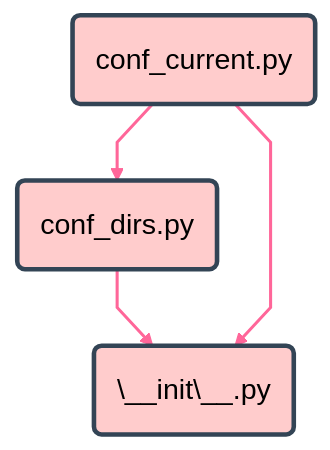
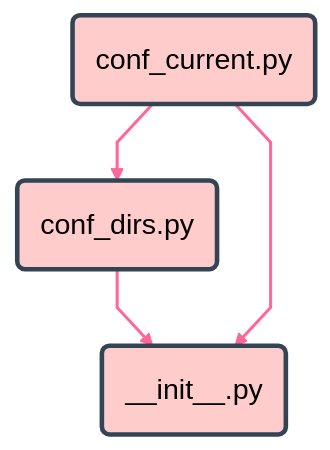
The third of 6 diagrams in docs/a/70530_publish_zenn_qiita.md (nyosak/article-base-doc), drawn with Mermaid before and after one commit. The commit also changed other lines of this file, not shown here.

Commit message:
update 70530_publish_zenn_qiita

````diff
--- a/docs/a/70530_publish_zenn_qiita.md
+++ b/docs/a/70530_publish_zenn_qiita.md
@@ -481,22 +482,22 @@
 ```mermaid
 %%{init:
 	{
 		"theme": "forest",
 		"logLevel": 2,
 		"flowchart": { "curve": "linear" }
 	}
 }%%
 
 flowchart TB
 
-init_py("\__init\__.py")
+init_py("#95;#95;init#95;#95;.py")
 conf_dirs(conf_dirs.py)
 conf_current(conf_current.py)
 
 conf_current --> conf_dirs --> init_py
 conf_current ---> init_py
 
 linkStyle default color:#936, stroke:#f69, stroke-width:2px;
 classDef default fill:#fcc, stroke:#345, stroke-width:3px, font-size:14pt;
 
 ```
````
